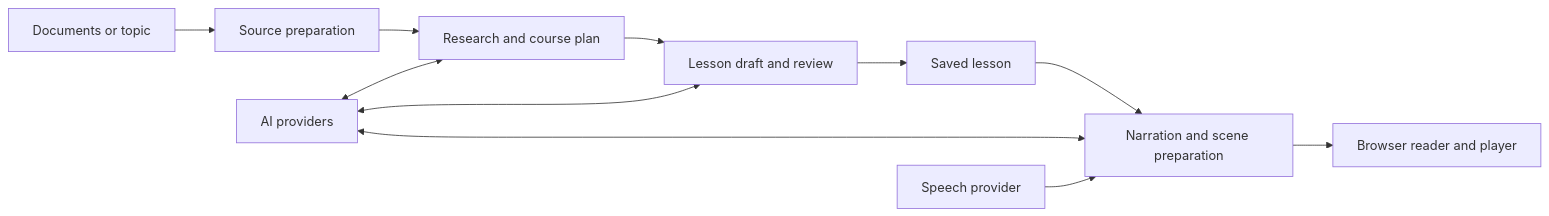
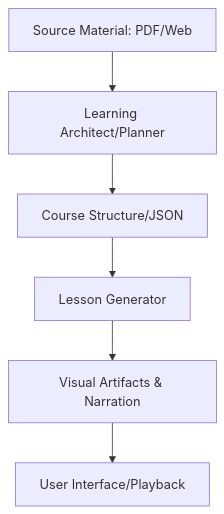
The first of 2 diagrams in .cubic/wiki/01-section-overview/01-p-overview.md (immagiov4/Nous), drawn with Mermaid before and after one commit. The commit also changed other lines of this file and 38 other files, not shown here.

````diff
--- a/.cubic/wiki/01-section-overview/01-p-overview.md
+++ b/.cubic/wiki/01-section-overview/01-p-overview.md
@@ -12,13 +32,8 @@
 ```mermaid
-flowchart LR
-    S[Documents or topic] --> I[Source preparation]
-    I --> C[Research and course plan]
-    C --> L[Lesson draft and review]
-    L --> P[Saved lesson]
-    P --> B[Narration and scene preparation]
-    B --> R[Browser reader and player]
-    A[AI providers] <--> C
-    A <--> L
-    A <--> B
-    T[Speech provider] --> B
+graph TD
+    Source[Source Material: PDF/Web] --> Planner[Learning Architect/Planner]
+    Planner --> Structure[Course Structure/JSON]
+    Structure --> Generator[Lesson Generator]
+    Generator --> Artifacts[Visual Artifacts & Narration]
+    Artifacts --> UI[User Interface/Playback]
 ```
````
